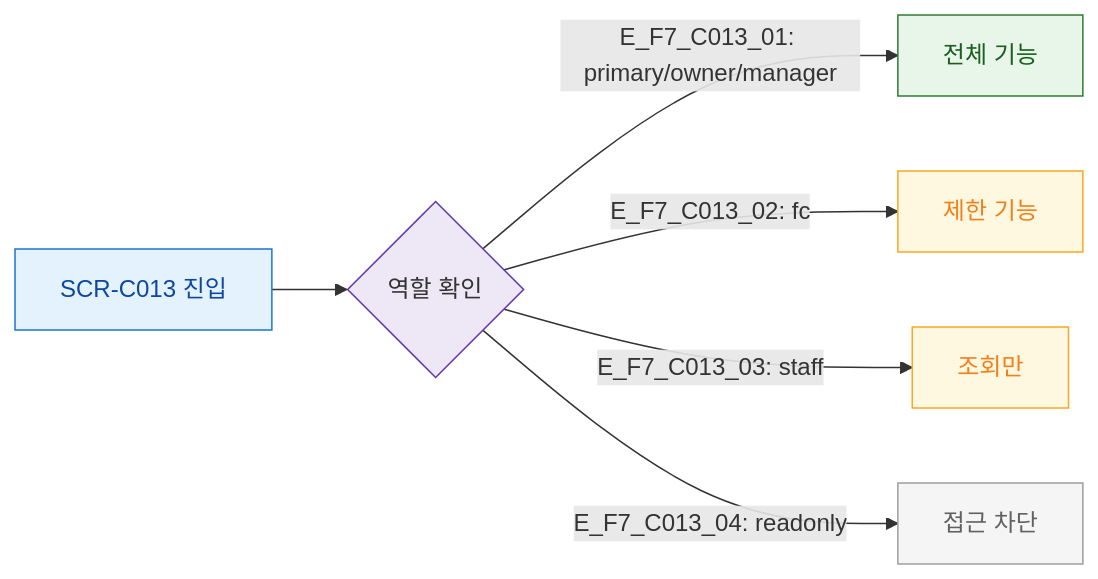
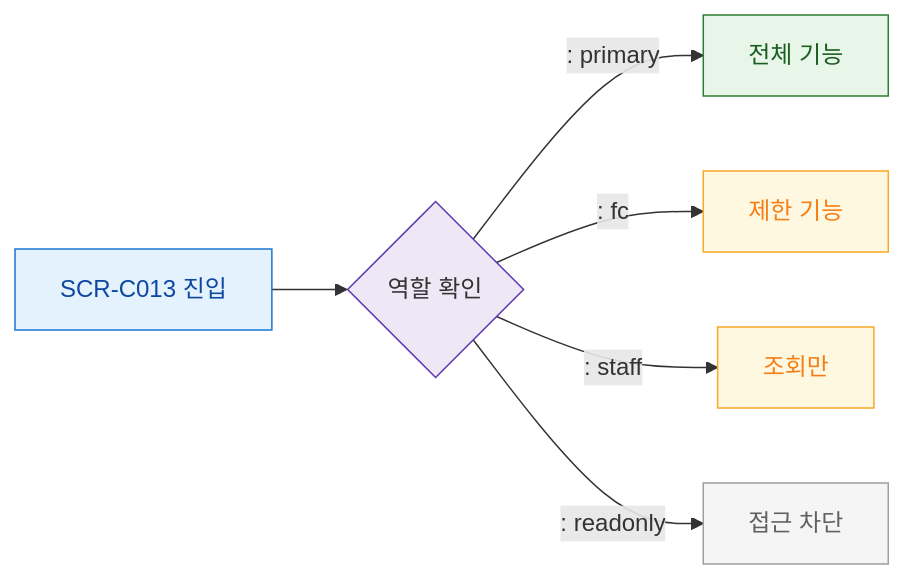
One commit to dev-spogym/admin-pando changed the diagram in docs/다이어그램/D04_수업관리/SCR-C013_수업평가피드백/F7_권한.md. Above: the diagram before and after it, drawn with Mermaid. The commit also changed other lines of this file and 1660 other files, not shown here.

First line of the commit message:
다이어그램: 기획자/클라이언트 납품본으로 정리

````diff
--- a/docs/다이어그램/D04_수업관리/SCR-C013_수업평가피드백/F7_권한.md
+++ b/docs/다이어그램/D04_수업관리/SCR-C013_수업평가피드백/F7_권한.md
@@ -20,18 +18,18 @@
 ```mermaid
 flowchart LR
   Enter[SCR-C013 진입] --> RoleCheck{역할 확인}
-  RoleCheck -->|"E_F7_C013_01: primary/owner/manager"| FullAccess[전체 기능]
-  RoleCheck -->|"E_F7_C013_02: fc"| FCAccess[제한 기능]
-  RoleCheck -->|"E_F7_C013_03: staff"| StaffAccess[조회만]
-  RoleCheck -->|"E_F7_C013_04: readonly"| Blocked[접근 차단]
+  RoleCheck -->|": primary"|FullAccess[전체 기능]
+  RoleCheck -->|": fc"|FCAccess[제한 기능]
+  RoleCheck -->|": staff"|StaffAccess[조회만]
+  RoleCheck -->|": readonly"|Blocked[접근 차단]
   classDef screen fill:#E3F2FD,stroke:#1976D2,color:#0D47A1
   classDef system fill:#EDE7F6,stroke:#5E35B2
   classDef success fill:#E8F5E9,stroke:#2E7D32,color:#1B5E20
   classDef warning fill:#FFF8E1,stroke:#F9A825,color:#F57F17
   classDef rbacBlocked fill:#F5F5F5,stroke:#9E9E9E,color:#616161
   class Enter screen
   class RoleCheck system
   class FullAccess success
   class FCAccess,StaffAccess warning
   class Blocked rbacBlocked
 ```
````
